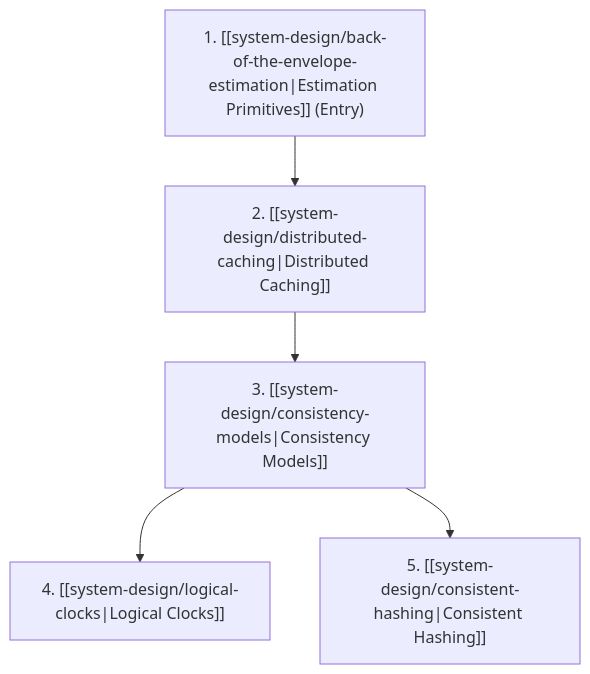
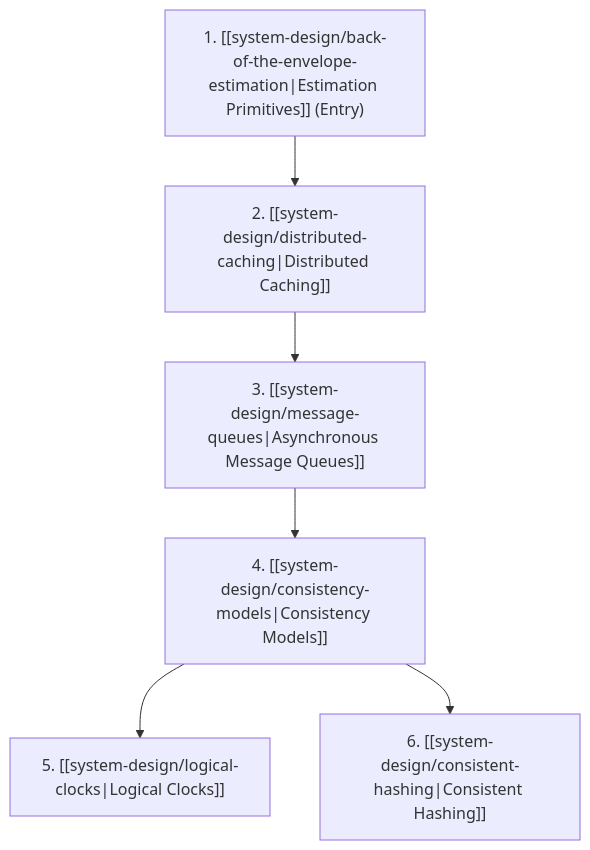
The diagram in sites/docs/src/content/docs/system-design/index.mdx (LOsioChico/knowledge-base), drawn with Mermaid before and after one commit. The commit also changed other lines of this file and 7 other files, not shown here.

Commit message:
docs(system-design): add asynchronous message queues guide and integrate with track

````diff
--- a/sites/docs/src/content/docs/system-design/index.mdx
+++ b/sites/docs/src/content/docs/system-design/index.mdx
@@ -33,7 +34,8 @@
 ```mermaid
 flowchart TD
     EST["1. [[system-design/back-of-the-envelope-estimation|Estimation Primitives]] (Entry)"] --> CA["2. [[system-design/distributed-caching|Distributed Caching]]"]
-    CA --> CM["3. [[system-design/consistency-models|Consistency Models]]"]
-    CM --> LC["4. [[system-design/logical-clocks|Logical Clocks]]"]
-    CM --> CH["5. [[system-design/consistent-hashing|Consistent Hashing]]"]
+    CA --> MQ["3. [[system-design/message-queues|Asynchronous Message Queues]]"]
+    MQ --> CM["4. [[system-design/consistency-models|Consistency Models]]"]
+    CM --> LC["5. [[system-design/logical-clocks|Logical Clocks]]"]
+    CM --> CH["6. [[system-design/consistent-hashing|Consistent Hashing]]"]
 ```
````
